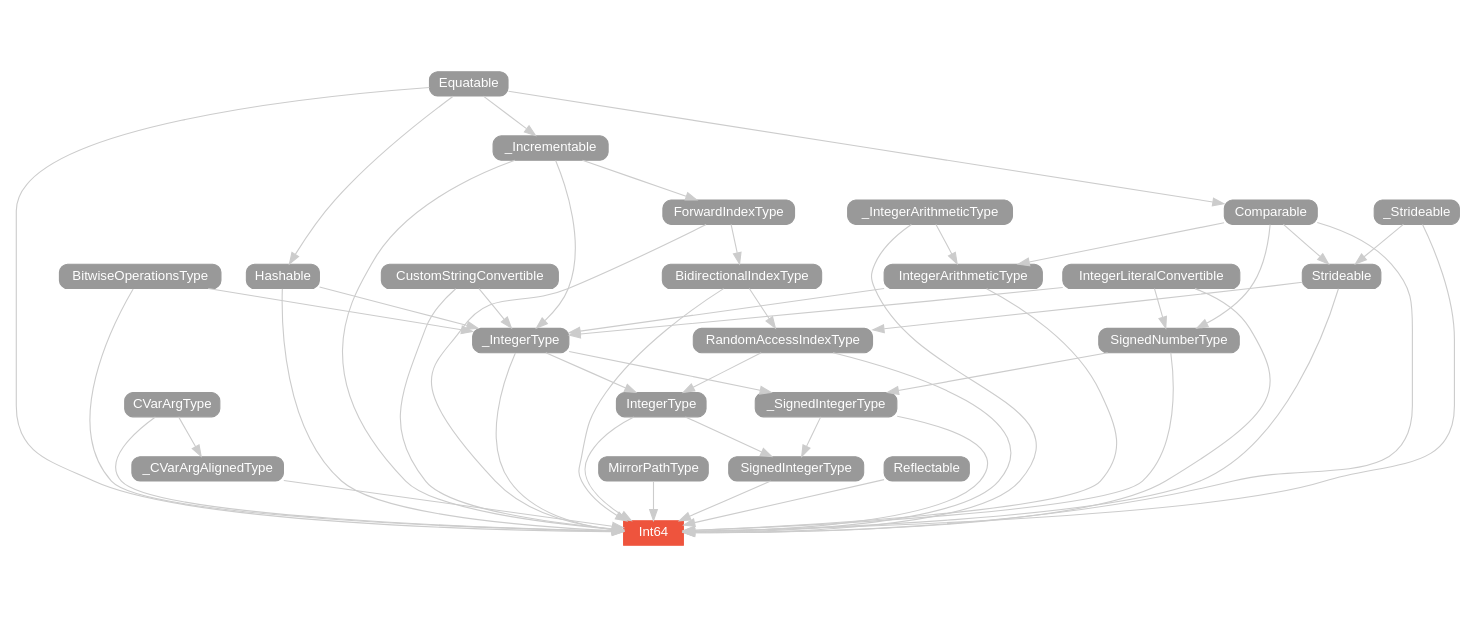
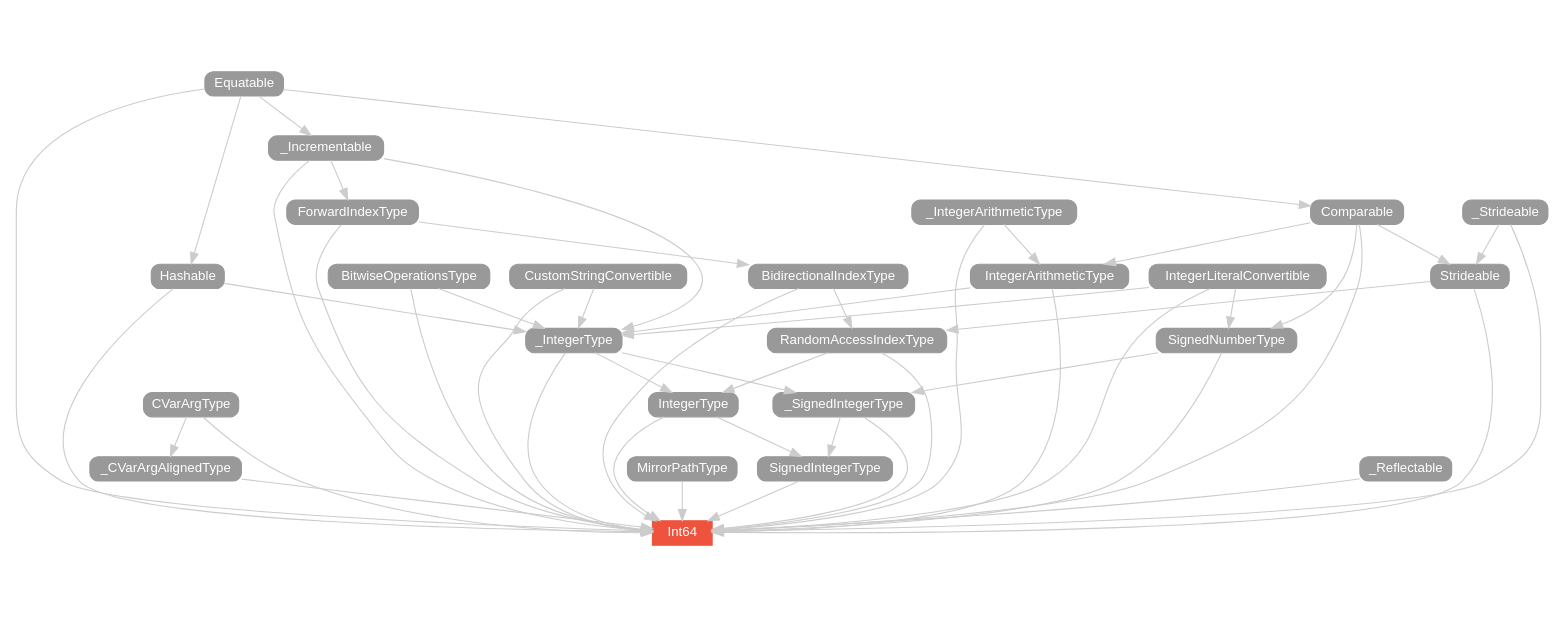
Before and after one commit to SwiftDocOrg/swiftdoc.org: the diagram in swift-2/type/Int64/hierarchy/index.dot, drawn with Graphviz. The commit also changed 541 other files, not shown here.

```diff
--- a/swift-2/type/Int64/hierarchy/index.dot
+++ b/swift-2/type/Int64/hierarchy/index.dot
@@ -1,167 +1,167 @@
 strict digraph "Int64 - Type Hierarchy - SwiftDoc.org" {
     pad="0.1,0.8"
     node [shape=box, style="filled,rounded", color="#999999", fillcolor="#999999", fontcolor=white, fontname=Helvetica, fontnames="Helvetica,sansserif", fontsize=12, margin="0.07,0.05", height="0.3"]
     edge [color="#cccccc"]
     "BidirectionalIndexType" [URL="/protocol/BidirectionalIndexType/"]
     "BitwiseOperationsType" [URL="/protocol/BitwiseOperationsType/"]
     "CVarArgType" [URL="/protocol/CVarArgType/"]
     "Comparable" [URL="/protocol/Comparable/"]
     "CustomStringConvertible" [URL="/protocol/CustomStringConvertible/"]
     "Equatable" [URL="/protocol/Equatable/"]
     "ForwardIndexType" [URL="/protocol/ForwardIndexType/"]
     "Hashable" [URL="/protocol/Hashable/"]
     "Int64" [URL="/type/Int64/", style="filled", fillcolor="#ee543d", color="#ee543d"]
     "IntegerArithmeticType" [URL="/protocol/IntegerArithmeticType/"]
     "IntegerLiteralConvertible" [URL="/protocol/IntegerLiteralConvertible/"]
     "IntegerType" [URL="/protocol/IntegerType/"]
     "MirrorPathType" [URL="/protocol/MirrorPathType/"]
     "RandomAccessIndexType" [URL="/protocol/RandomAccessIndexType/"]
-    "Reflectable" [URL="/protocol/Reflectable/"]
     "SignedIntegerType" [URL="/protocol/SignedIntegerType/"]
     "SignedNumberType" [URL="/protocol/SignedNumberType/"]
     "Strideable" [URL="/protocol/Strideable/"]
     "_CVarArgAlignedType" [URL="/protocol/_CVarArgAlignedType/"]
     "_Incrementable" [URL="/protocol/_Incrementable/"]
     "_IntegerArithmeticType" [URL="/protocol/_IntegerArithmeticType/"]
     "_IntegerType" [URL="/protocol/_IntegerType/"]
+    "_Reflectable" [URL="/protocol/_Reflectable/"]
     "_SignedIntegerType" [URL="/protocol/_SignedIntegerType/"]
     "_Strideable" [URL="/protocol/_Strideable/"]    "_SignedIntegerType" -> "Int64"
     "Comparable" -> "Int64"
     "Equatable" -> "Int64"
     "_IntegerType" -> "Int64"
     "IntegerArithmeticType" -> "Int64"
     "_IntegerArithmeticType" -> "Int64"
     "SignedIntegerType" -> "Int64"
     "IntegerType" -> "Int64"
     "Hashable" -> "Int64"
     "CustomStringConvertible" -> "Int64"
     "_Incrementable" -> "Int64"
     "RandomAccessIndexType" -> "Int64"
     "BidirectionalIndexType" -> "Int64"
     "ForwardIndexType" -> "Int64"
     "Strideable" -> "Int64"
     "_Strideable" -> "Int64"
     "SignedNumberType" -> "Int64"
     "IntegerLiteralConvertible" -> "Int64"
     "BitwiseOperationsType" -> "Int64"
-    "Reflectable" -> "Int64"
+    "_Reflectable" -> "Int64"
     "MirrorPathType" -> "Int64"
     "CVarArgType" -> "Int64"
     "_CVarArgAlignedType" -> "Int64"
     "_IntegerType" -> "_SignedIntegerType"
     "SignedNumberType" -> "_SignedIntegerType"
     "IntegerLiteralConvertible" -> "_IntegerType"
     "CustomStringConvertible" -> "_IntegerType"
     "Hashable" -> "_IntegerType"
     "IntegerArithmeticType" -> "_IntegerType"
     "BitwiseOperationsType" -> "_IntegerType"
     "_Incrementable" -> "_IntegerType"
     "Equatable" -> "Hashable"
     "_IntegerArithmeticType" -> "IntegerArithmeticType"
     "Comparable" -> "IntegerArithmeticType"
     "Equatable" -> "Comparable"
     "Equatable" -> "_Incrementable"
     "Comparable" -> "SignedNumberType"
     "IntegerLiteralConvertible" -> "SignedNumberType"
     "Equatable" -> "Comparable"
     "Equatable" -> "Comparable"
     "IntegerLiteralConvertible" -> "_IntegerType"
     "CustomStringConvertible" -> "_IntegerType"
     "Hashable" -> "_IntegerType"
     "IntegerArithmeticType" -> "_IntegerType"
     "BitwiseOperationsType" -> "_IntegerType"
     "_Incrementable" -> "_IntegerType"
     "Equatable" -> "Hashable"
     "_IntegerArithmeticType" -> "IntegerArithmeticType"
     "Comparable" -> "IntegerArithmeticType"
     "Equatable" -> "Comparable"
     "Equatable" -> "_Incrementable"
     "_IntegerArithmeticType" -> "IntegerArithmeticType"
     "Comparable" -> "IntegerArithmeticType"
     "Equatable" -> "Comparable"
     "_SignedIntegerType" -> "SignedIntegerType"
     "IntegerType" -> "SignedIntegerType"
     "_IntegerType" -> "_SignedIntegerType"
     "SignedNumberType" -> "_SignedIntegerType"
     "IntegerLiteralConvertible" -> "_IntegerType"
     "CustomStringConvertible" -> "_IntegerType"
     "Hashable" -> "_IntegerType"
     "IntegerArithmeticType" -> "_IntegerType"
     "BitwiseOperationsType" -> "_IntegerType"
     "_Incrementable" -> "_IntegerType"
     "Equatable" -> "Hashable"
     "_IntegerArithmeticType" -> "IntegerArithmeticType"
     "Comparable" -> "IntegerArithmeticType"
     "Equatable" -> "Comparable"
     "Equatable" -> "_Incrementable"
     "Comparable" -> "SignedNumberType"
     "IntegerLiteralConvertible" -> "SignedNumberType"
     "Equatable" -> "Comparable"
     "_IntegerType" -> "IntegerType"
     "RandomAccessIndexType" -> "IntegerType"
     "IntegerLiteralConvertible" -> "_IntegerType"
     "CustomStringConvertible" -> "_IntegerType"
     "Hashable" -> "_IntegerType"
     "IntegerArithmeticType" -> "_IntegerType"
     "BitwiseOperationsType" -> "_IntegerType"
     "_Incrementable" -> "_IntegerType"
     "Equatable" -> "Hashable"
     "_IntegerArithmeticType" -> "IntegerArithmeticType"
     "Comparable" -> "IntegerArithmeticType"
     "Equatable" -> "Comparable"
     "Equatable" -> "_Incrementable"
     "BidirectionalIndexType" -> "RandomAccessIndexType"
     "Strideable" -> "RandomAccessIndexType"
     "ForwardIndexType" -> "BidirectionalIndexType"
     "_Incrementable" -> "ForwardIndexType"
     "Equatable" -> "_Incrementable"
     "Comparable" -> "Strideable"
     "_Strideable" -> "Strideable"
     "Equatable" -> "Comparable"
     "_IntegerType" -> "IntegerType"
     "RandomAccessIndexType" -> "IntegerType"
     "IntegerLiteralConvertible" -> "_IntegerType"
     "CustomStringConvertible" -> "_IntegerType"
     "Hashable" -> "_IntegerType"
     "IntegerArithmeticType" -> "_IntegerType"
     "BitwiseOperationsType" -> "_IntegerType"
     "_Incrementable" -> "_IntegerType"
     "Equatable" -> "Hashable"
     "_IntegerArithmeticType" -> "IntegerArithmeticType"
     "Comparable" -> "IntegerArithmeticType"
     "Equatable" -> "Comparable"
     "Equatable" -> "_Incrementable"
     "BidirectionalIndexType" -> "RandomAccessIndexType"
     "Strideable" -> "RandomAccessIndexType"
     "ForwardIndexType" -> "BidirectionalIndexType"
     "_Incrementable" -> "ForwardIndexType"
     "Equatable" -> "_Incrementable"
     "Comparable" -> "Strideable"
     "_Strideable" -> "Strideable"
     "Equatable" -> "Comparable"
     "Equatable" -> "Hashable"
     "Equatable" -> "_Incrementable"
     "BidirectionalIndexType" -> "RandomAccessIndexType"
     "Strideable" -> "RandomAccessIndexType"
     "ForwardIndexType" -> "BidirectionalIndexType"
     "_Incrementable" -> "ForwardIndexType"
     "Equatable" -> "_Incrementable"
     "Comparable" -> "Strideable"
     "_Strideable" -> "Strideable"
     "Equatable" -> "Comparable"
     "ForwardIndexType" -> "BidirectionalIndexType"
     "_Incrementable" -> "ForwardIndexType"
     "Equatable" -> "_Incrementable"
     "_Incrementable" -> "ForwardIndexType"
     "Equatable" -> "_Incrementable"
     "Comparable" -> "Strideable"
     "_Strideable" -> "Strideable"
     "Equatable" -> "Comparable"
     "Comparable" -> "SignedNumberType"
     "IntegerLiteralConvertible" -> "SignedNumberType"
     "Equatable" -> "Comparable"
     "CVarArgType" -> "_CVarArgAlignedType"
     subgraph Types {
         rank = max; "Int64";
     }
 }
```
